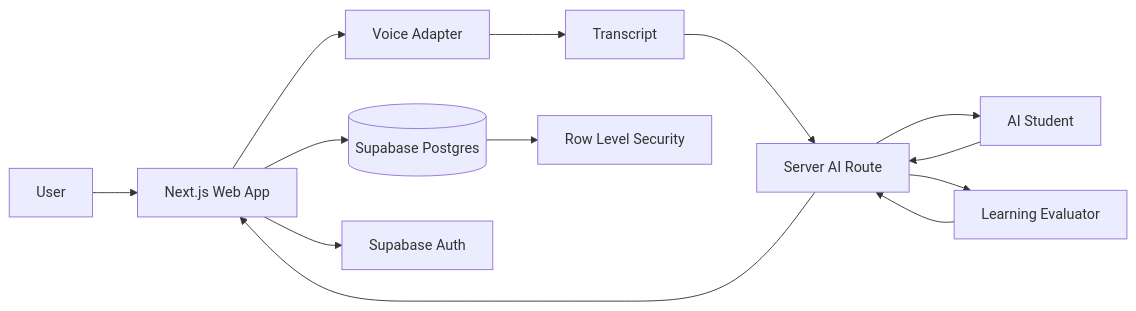
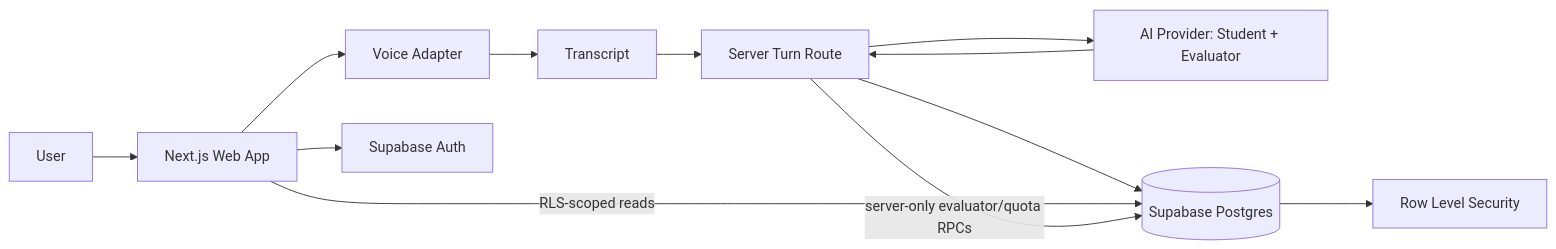
One commit to ThunderKhan/feynman-in-a-loop changed the diagram in docs/ARCHITECTURE.md. Above: the diagram before and after it, drawn with Mermaid. The commit also changed other lines of this file, not shown here.

Commit message:
Bring architecture doc in line with approved implementation

````diff
--- a/docs/ARCHITECTURE.md
+++ b/docs/ARCHITECTURE.md
@@ -20,15 +20,14 @@
 ```mermaid
 flowchart LR
   U[User] --> UI[Next.js Web App]
   UI --> V[Voice Adapter]
   V --> T[Transcript]
-  T --> API[Server AI Route]
-  API --> S[AI Student]
-  API --> E[Learning Evaluator]
-  S --> API
-  E --> API
-  API --> UI
-  UI --> DB[(Supabase Postgres)]
+  T --> API[Server Turn Route]
+  API --> M[AI Provider: Student + Evaluator]
+  M --> API
+  API --> DB[(Supabase Postgres)]
   UI --> A[Supabase Auth]
+  UI -->|RLS-scoped reads| DB
+  API -->|server-only evaluator/quota RPCs| DB
   DB --> RLS[Row Level Security]
 ```
````
